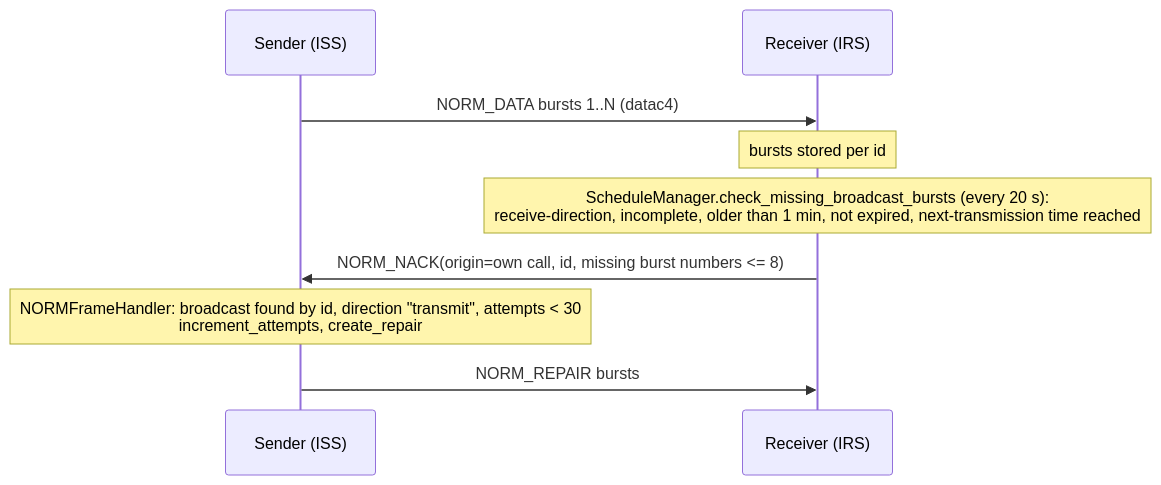
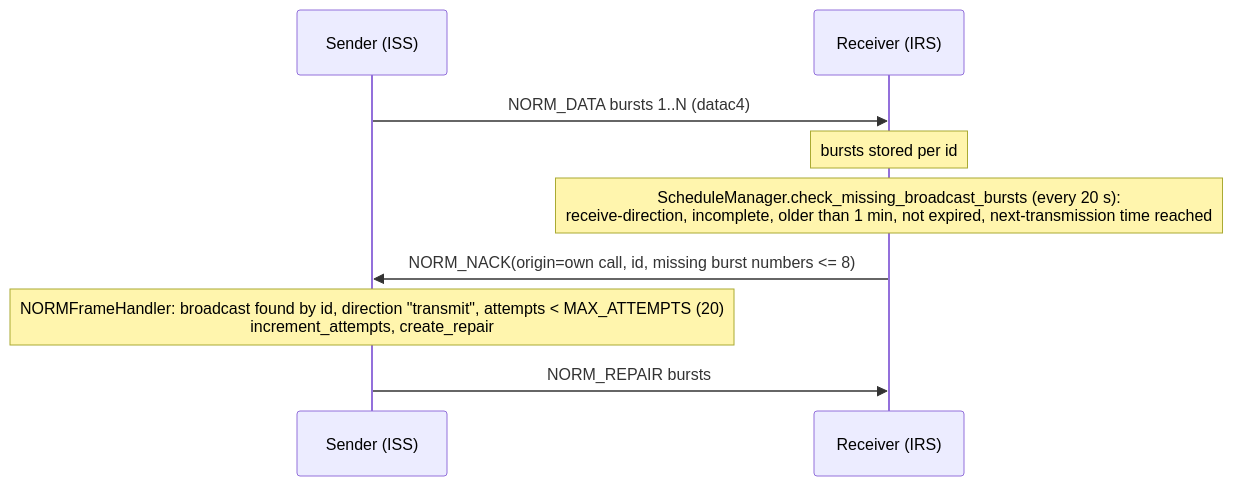
The fourth of 4 diagrams in freedata_server/docs/arq-sessions.md (OH2JRB/FreeDATA), drawn with Mermaid before and after one commit. The commit also changed other lines of this file and 9 other files, not shown here.

````diff
--- a/freedata_server/docs/arq-sessions.md
+++ b/freedata_server/docs/arq-sessions.md
@@ -830,11 +830,11 @@
 ```mermaid
 sequenceDiagram
     participant S as Sender (ISS)
     participant R as Receiver (IRS)
     S->>R: NORM_DATA bursts 1..N (datac4)
     Note over R: bursts stored per id
     Note over R: ScheduleManager.check_missing_broadcast_bursts (every 20 s):<br/>receive-direction, incomplete, older than 1 min, not expired, next-transmission time reached
     R->>S: NORM_NACK(origin=own call, id, missing burst numbers <= 8)
-    Note over S: NORMFrameHandler: broadcast found by id, direction "transmit", attempts < 30<br/>increment_attempts, create_repair
+    Note over S: NORMFrameHandler: broadcast found by id, direction "transmit", attempts < MAX_ATTEMPTS (20)<br/>increment_attempts, create_repair
     S->>R: NORM_REPAIR bursts
 ```
````
